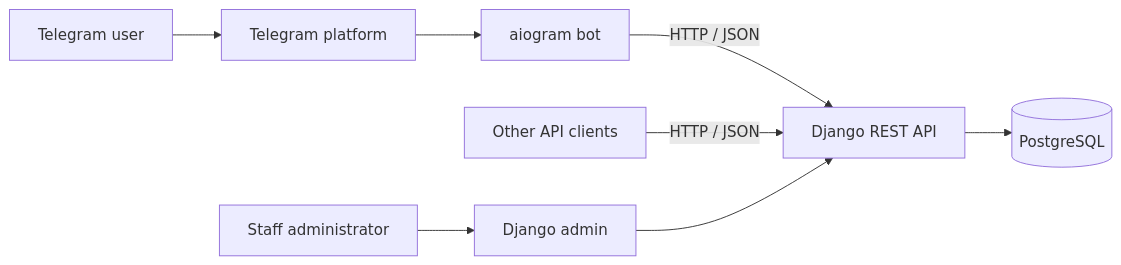
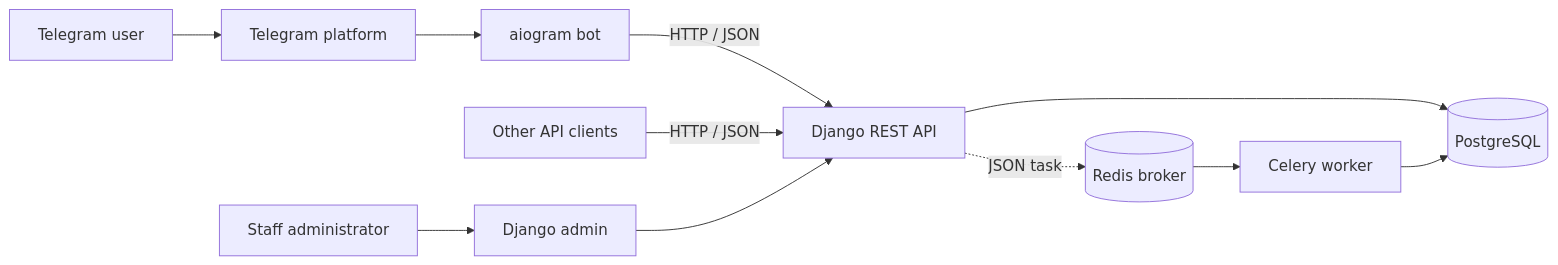
The first of 5 diagrams in docs/ARCHITECTURE.md (vladyslav-fdnk/ludora), drawn with Mermaid before and after one commit. The commit also changed other lines of this file and 16 other files, not shown here.

Commit message:
Add Redis and Celery infrastructure

````diff
--- a/docs/ARCHITECTURE.md
+++ b/docs/ARCHITECTURE.md
@@ -77,10 +86,13 @@
 ```mermaid
 flowchart LR
     TU[Telegram user] --> TG[Telegram platform]
     TG --> BOT[aiogram bot]
     BOT -->|HTTP / JSON| API[Django REST API]
     WC[Other API clients] -->|HTTP / JSON| API
     SA[Staff administrator] --> ADMIN[Django admin]
     ADMIN --> API
     API --> DB[(PostgreSQL)]
+    API -.->|JSON task| REDIS[(Redis broker)]
+    REDIS --> WORKER[Celery worker]
+    WORKER --> DB
 ```
````
